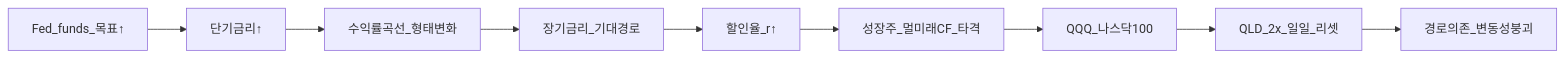
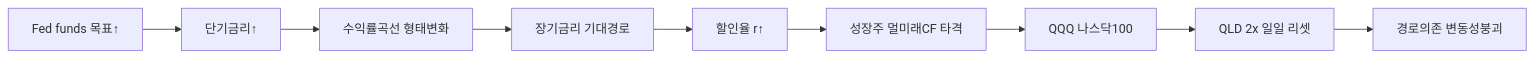
One commit to goldanghenry/Finances changed the second of 3 diagrams in 02-economics/macro-06-asset-prices-macro.md. Above: the diagram before and after it, drawn with Mermaid. The commit also changed other lines of this file and 211 other files, not shown here.

````diff
--- a/02-economics/macro-06-asset-prices-macro.md
+++ b/02-economics/macro-06-asset-prices-macro.md
@@ -157,11 +167,11 @@
 ```mermaid
 flowchart LR
-  FF[Fed_funds_목표↑] --> ST[단기금리↑]
-  ST --> YC[수익률곡선_형태변화]
-  YC --> LT[장기금리_기대경로]
-  LT --> Disc[할인율_r↑]
-  Disc --> Growth[성장주_멀미래CF_타격]
-  Growth --> QQQ[QQQ_나스닥100]
-  QQQ --> QLD[QLD_2x_일일_리셋]
-  QLD --> Path[경로의존_변동성붕괴]
+  FF["Fed funds 목표↑"] --> ST[단기금리↑]
+  ST --> YC["수익률곡선 형태변화"]
+  YC --> LT["장기금리 기대경로"]
+  LT --> Disc["할인율 r↑"]
+  Disc --> Growth["성장주 멀미래CF 타격"]
+  Growth --> QQQ["QQQ 나스닥100"]
+  QQQ --> QLD["QLD 2x 일일 리셋"]
+  QLD --> Path["경로의존 변동성붕괴"]
 ```
````
